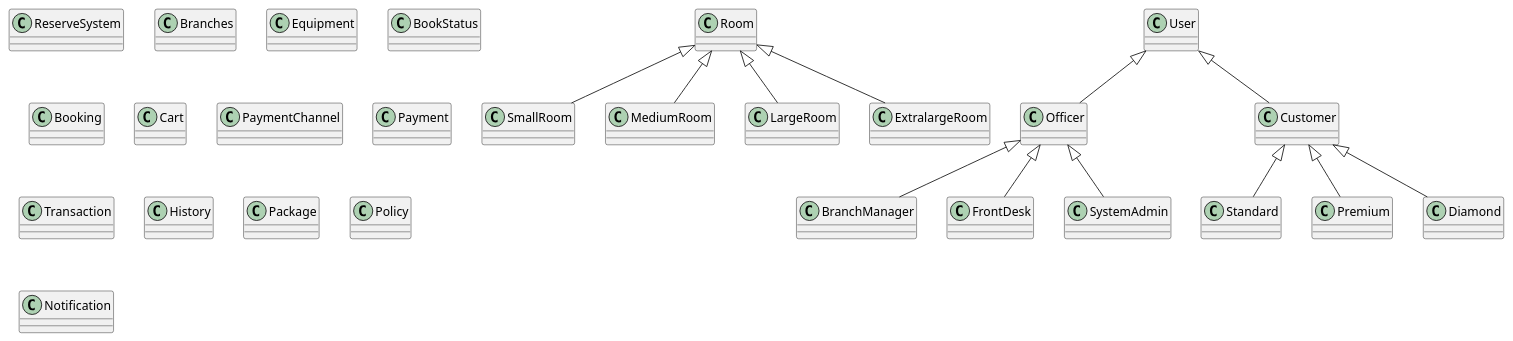
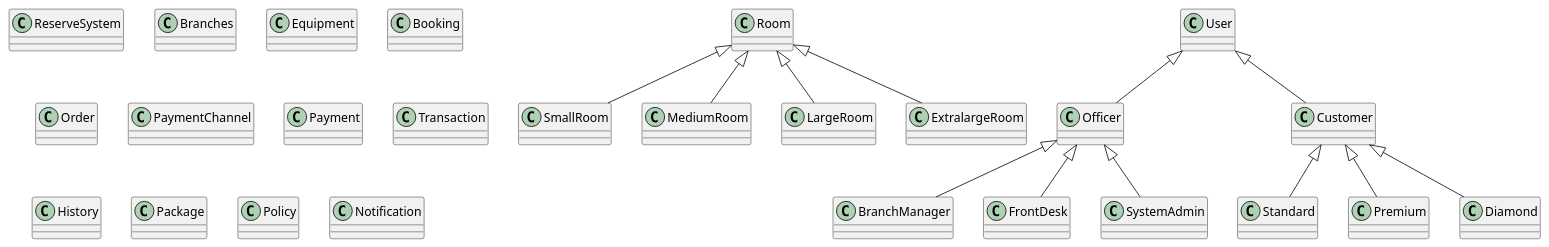
One commit to pjngth998/RhythmReserve changed the diagram in diagram/class_diagram.puml. Above: the diagram before and after it, drawn with PlantUML. The commit also changed 2 other files, not shown here.

Commit message:
edit usecase diagram

```diff
--- a/diagram/class_diagram.puml
+++ b/diagram/class_diagram.puml
@@ -1,123 +1,120 @@
 @startuml
 
 class ReserveSystem{
     
 }
 
 class Branches{
 
 }
 
 class Room {
 
 }
 
 class SmallRoom{
 
 }
 
 class MediumRoom{
 
 }
 
 class LargeRoom{
 
 }
 
 class ExtralargeRoom{
 
 }
 
 class Equipment{
 
 }
 
-class BookStatus{
-
-}
 
 class Booking{
 
 }
 
-class Cart{
+class Order{
 
 }
 
 class PaymentChannel{
 
 }
 
 class Payment{
 
 }
 
 class Transaction{
 
 }
 
 class History{
 
 }
 
 class Package{
 
 }
 
 class User{
 
 }
 
 class Officer{
 
 }
 
 class BranchManager{
 
 }
 
 class FrontDesk{
 
 }
 
 class SystemAdmin{
 
 }
 
 class Customer{
 
 }
 
 class Standard{
 
 }
 
 class Premium{
 
 }
 
 class Diamond{
 
 }
 
 class Policy{
 
 }
 
 class Notification{
 
 }
 
 User <|-- Officer
 User <|-- Customer
 Customer <|-- Standard
 Customer <|-- Premium
 Customer <|-- Diamond
 Officer <|-- BranchManager
 Officer <|-- FrontDesk
 Officer <|-- SystemAdmin
 Room <|-- SmallRoom
 Room <|-- MediumRoom
 Room <|-- LargeRoom
 Room <|-- ExtralargeRoom
 @enduml
```
